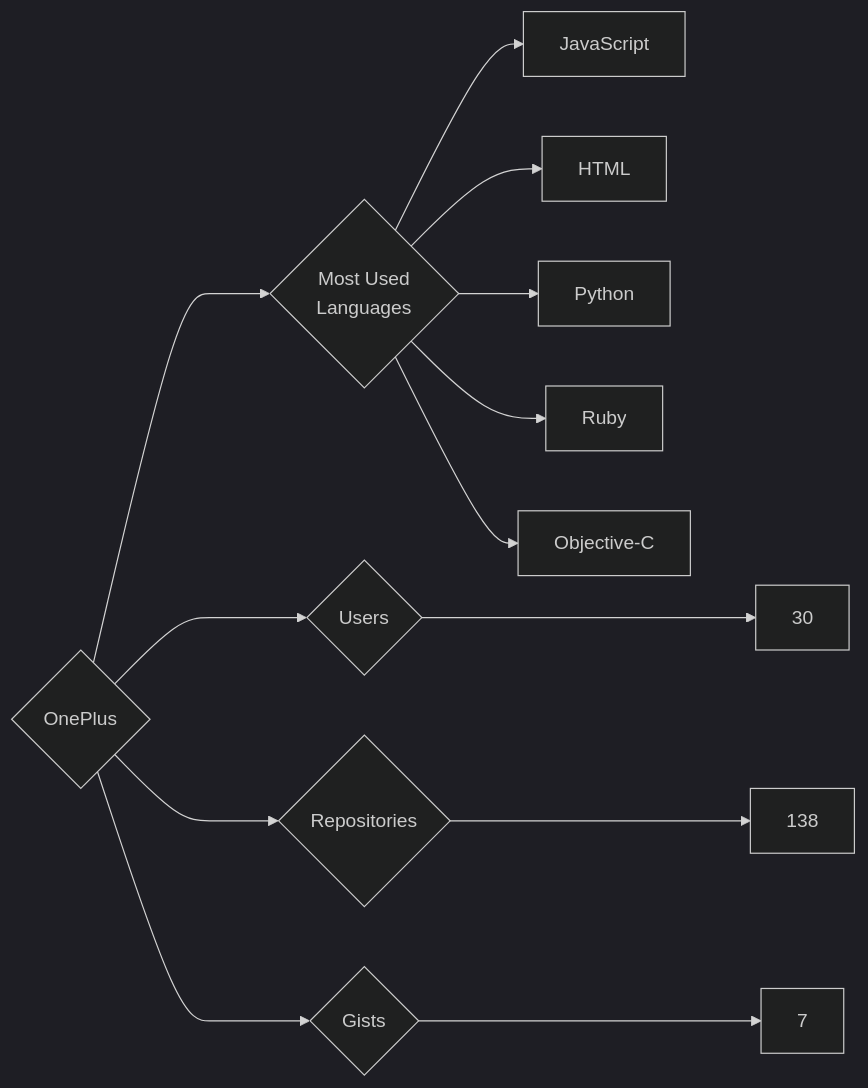
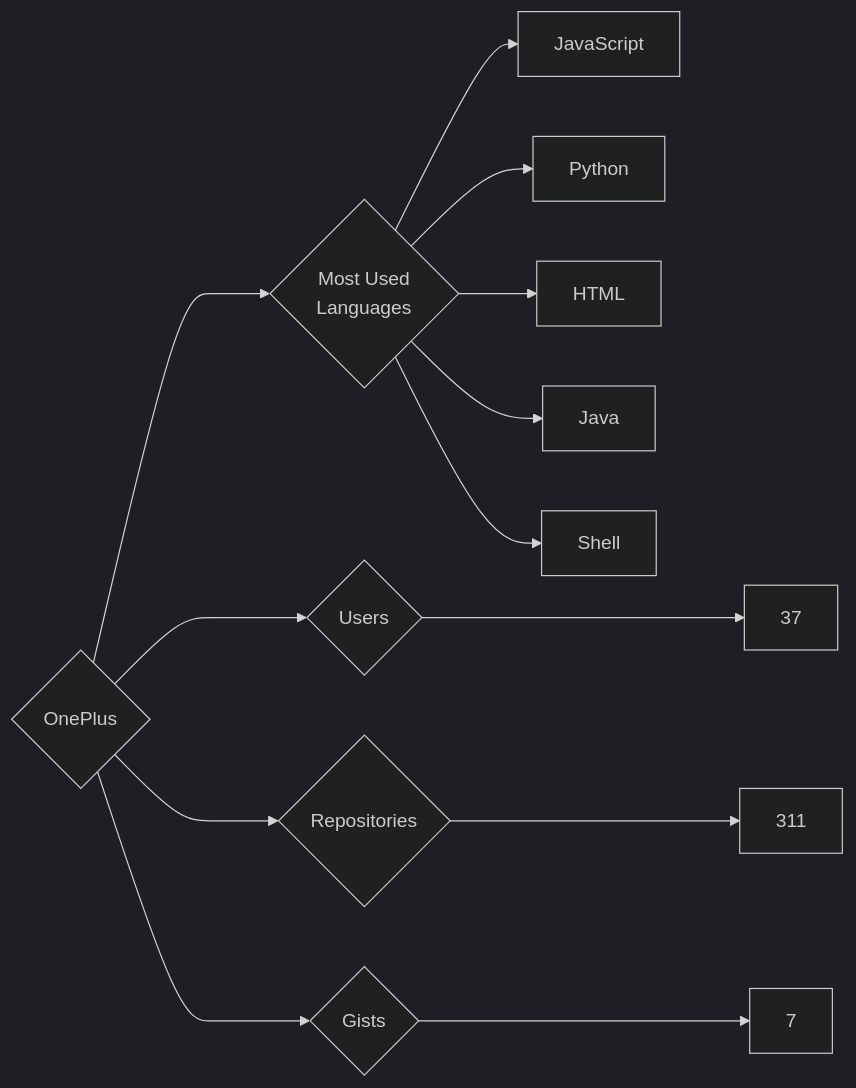
One commit to trickest/insiders changed the diagram in targets/OnePlus/README.md. Above: the diagram before and after it, drawn with Mermaid (dark theme). The commit also changed 765 other files, not shown here.

````diff
--- a/targets/OnePlus/README.md
+++ b/targets/OnePlus/README.md
@@ -3,13 +3,13 @@
 ```mermaid
 graph LR
 COMPANY_NAME{OnePlus}
-COMPANY_NAME ---> U{Users} ---> UN[30]
-COMPANY_NAME ---> R{Repositories} ---> RN[138]
+COMPANY_NAME ---> U{Users} ---> UN[37]
+COMPANY_NAME ---> R{Repositories} ---> RN[311]
 COMPANY_NAME ---> G{Gists} ---> GN[7]
 COMPANY_NAME ---> ML{Most Used<br>Languages}
 ML --> JavaScript[JavaScript]
+ML --> Python[Python]
 ML --> HTML[HTML]
-ML --> Python[Python]
-ML --> Ruby[Ruby]
-ML --> Objective-C[Objective-C]
+ML --> Java[Java]
+ML --> Shell[Shell]
 ```
````
